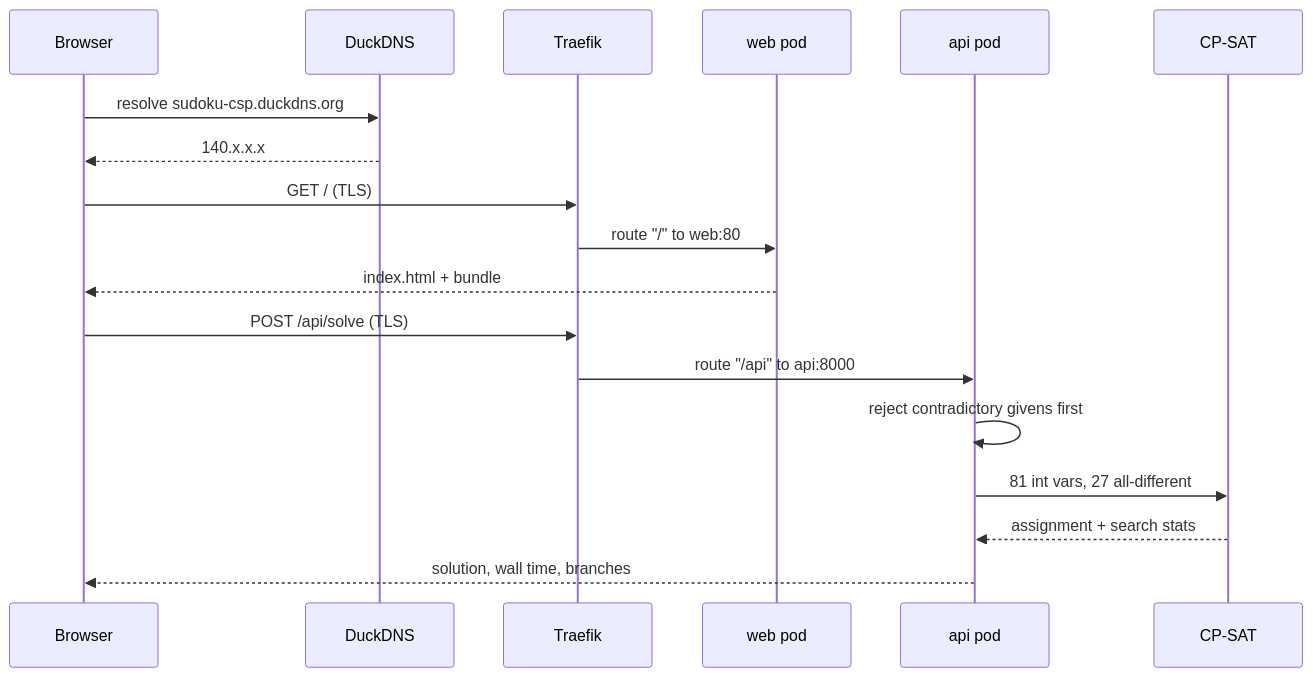
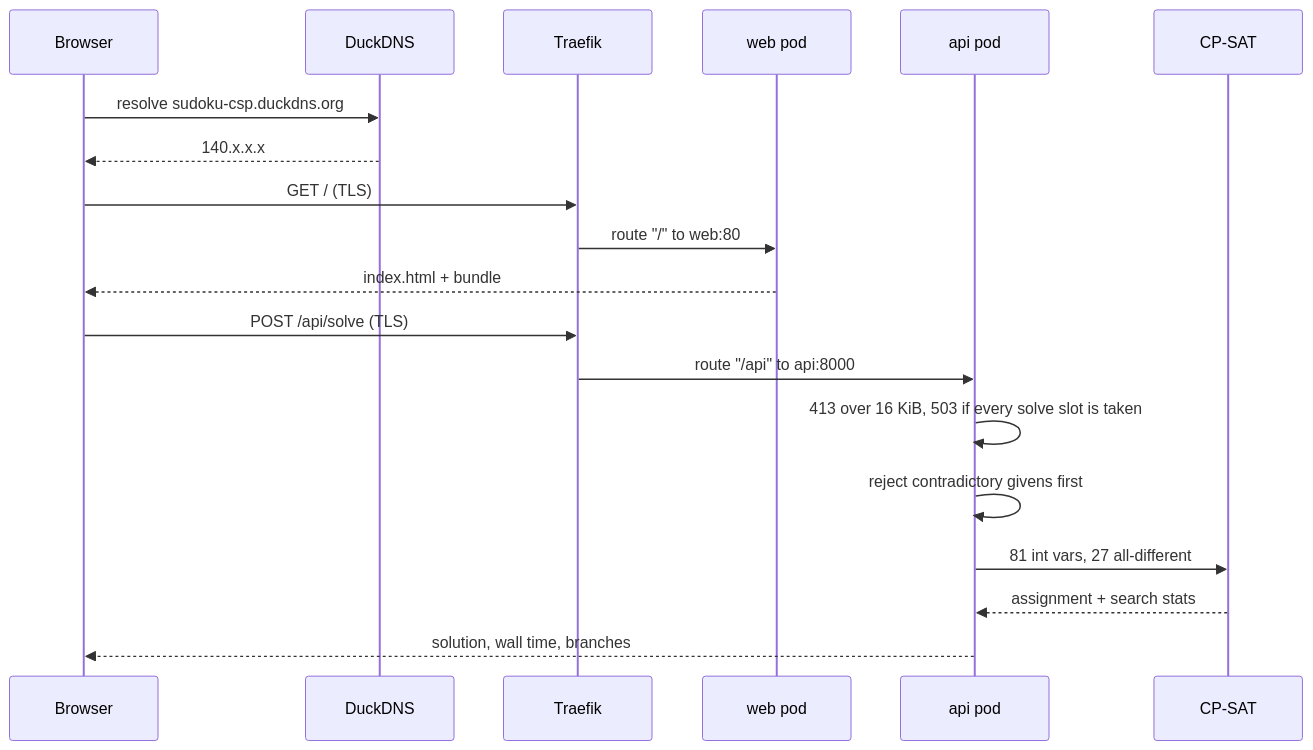
Before and after one commit to edwinargueta/Sudoku-Solver-Google-OR-tools: the second of 4 diagrams in ARCHITECTURE.md, drawn with Mermaid. The commit also changed other lines of this file and 71 other files, not shown here.

````diff
--- a/ARCHITECTURE.md
+++ b/ARCHITECTURE.md
@@ -69,22 +75,23 @@
 ```mermaid
 sequenceDiagram
     participant U as Browser
     participant D as DuckDNS
     participant T as Traefik
     participant W as web pod
     participant A as api pod
     participant CP as CP-SAT
 
     U->>D: resolve sudoku-csp.duckdns.org
     D-->>U: 140.x.x.x
     U->>T: GET / (TLS)
     T->>W: route "/" to web:80
     W-->>U: index.html + bundle
 
     U->>T: POST /api/solve (TLS)
     T->>A: route "/api" to api:8000
+    A->>A: 413 over 16 KiB, 503 if every solve slot is taken
     A->>A: reject contradictory givens first
     A->>CP: 81 int vars, 27 all-different
     CP-->>A: assignment + search stats
     A-->>U: solution, wall time, branches
 ```
````
